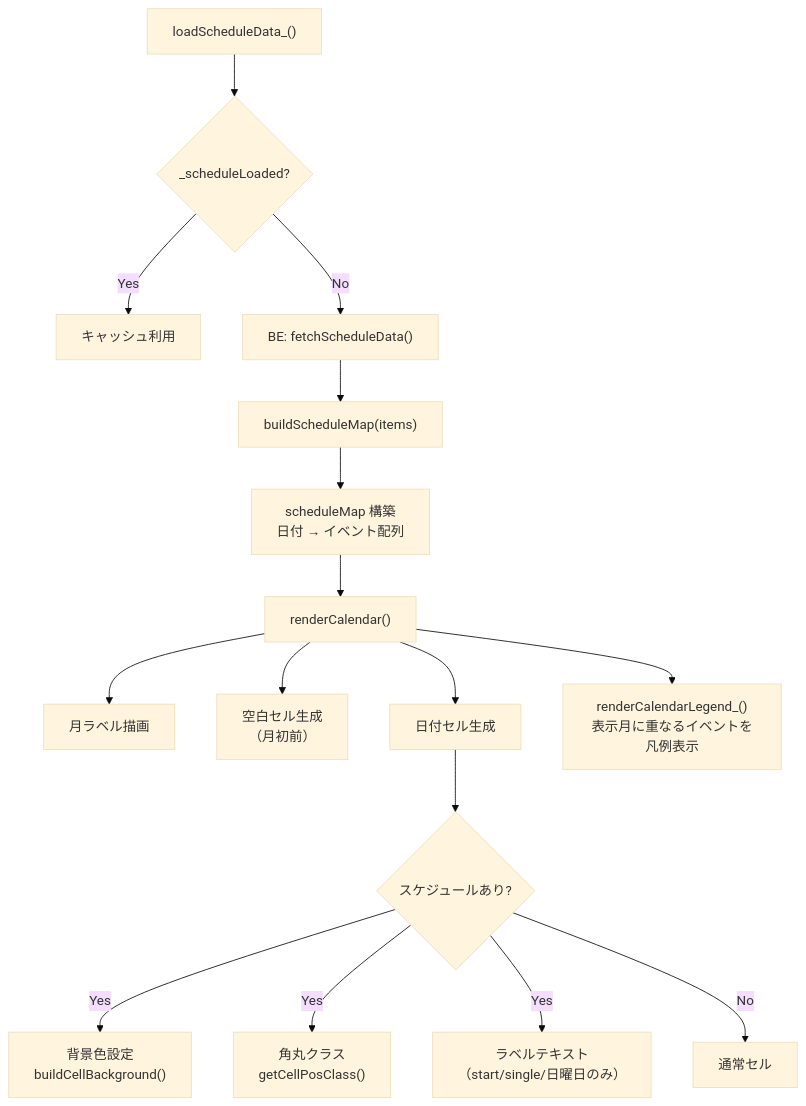
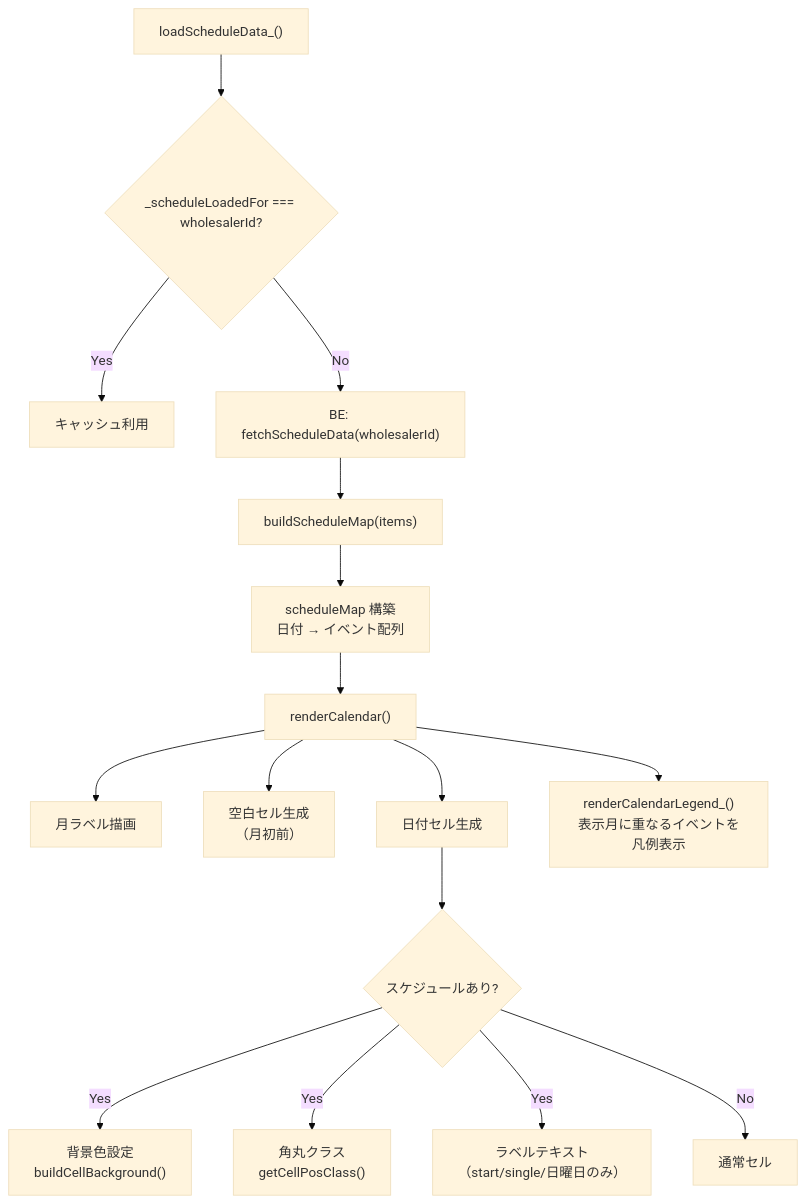
Before and after one commit to USEN-PAY-Products/connect-wholesale-gas-poc: the fifth of 6 diagrams in docs/specifications/01_top_page.md, drawn with Mermaid (base theme). The commit also changed other lines of this file and 8 other files, not shown here.

````diff
--- a/docs/specifications/01_top_page.md
+++ b/docs/specifications/01_top_page.md
@@ -205,18 +205,18 @@
 ```mermaid
 flowchart TD
-    A["loadScheduleData_()"] --> B{"_scheduleLoaded?"}
+    A["loadScheduleData_()"] --> B{"_scheduleLoadedFor === wholesalerId?"}
     B -->|Yes| C["キャッシュ利用"]
-    B -->|No| D["BE: fetchScheduleData()"]
+    B -->|No| D["BE: fetchScheduleData(wholesalerId)"]
     D --> E["buildScheduleMap(items)"]
     E --> F["scheduleMap 構築\n日付 → イベント配列"]
     F --> G["renderCalendar()"]
     G --> H["月ラベル描画"]
     G --> I["空白セル生成\n（月初前）"]
     G --> J["日付セル生成"]
     J --> K{"スケジュールあり?"}
     K -->|Yes| L["背景色設定\nbuildCellBackground()"]
     K -->|Yes| M["角丸クラス\ngetCellPosClass()"]
     K -->|Yes| N["ラベルテキスト\n（start/single/日曜日のみ）"]
     K -->|No| O["通常セル"]
     G --> P["renderCalendarLegend_()\n表示月に重なるイベントを凡例表示"]
 ```
````
